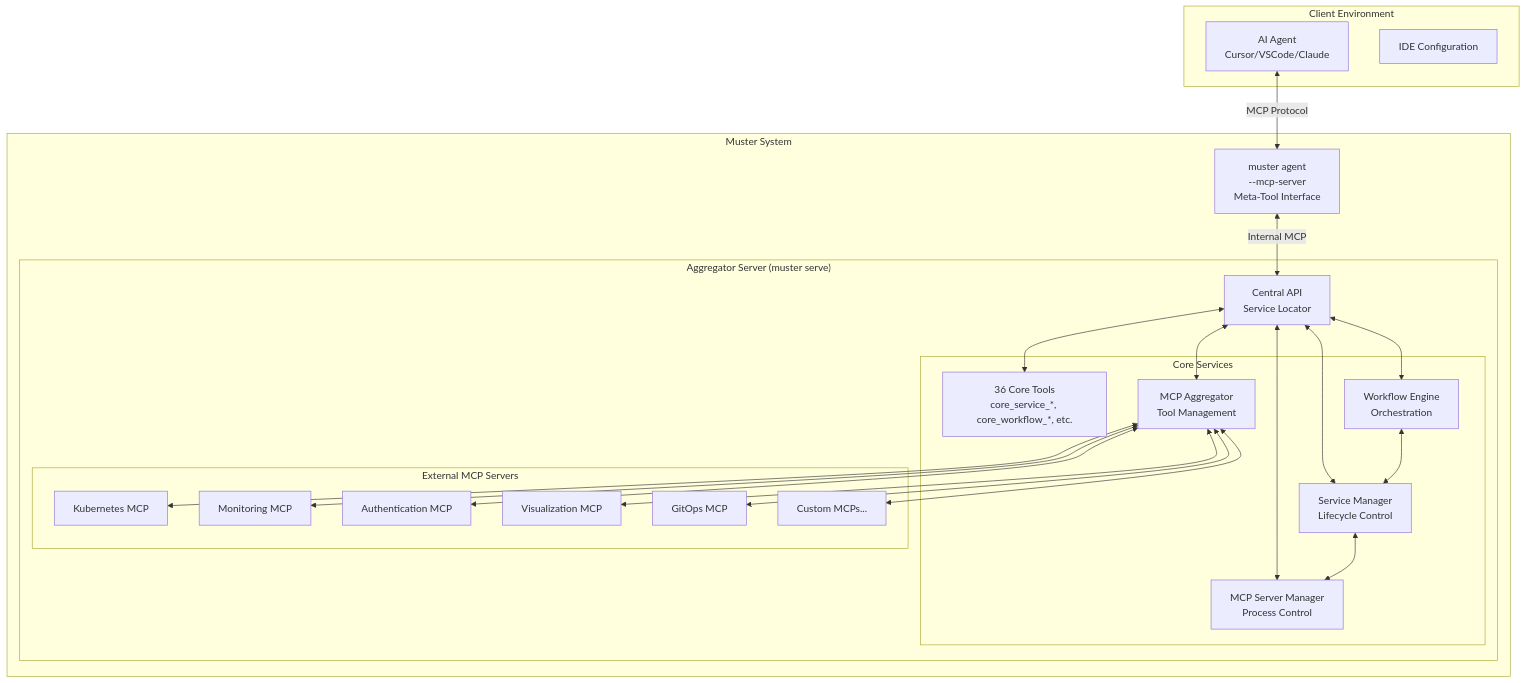
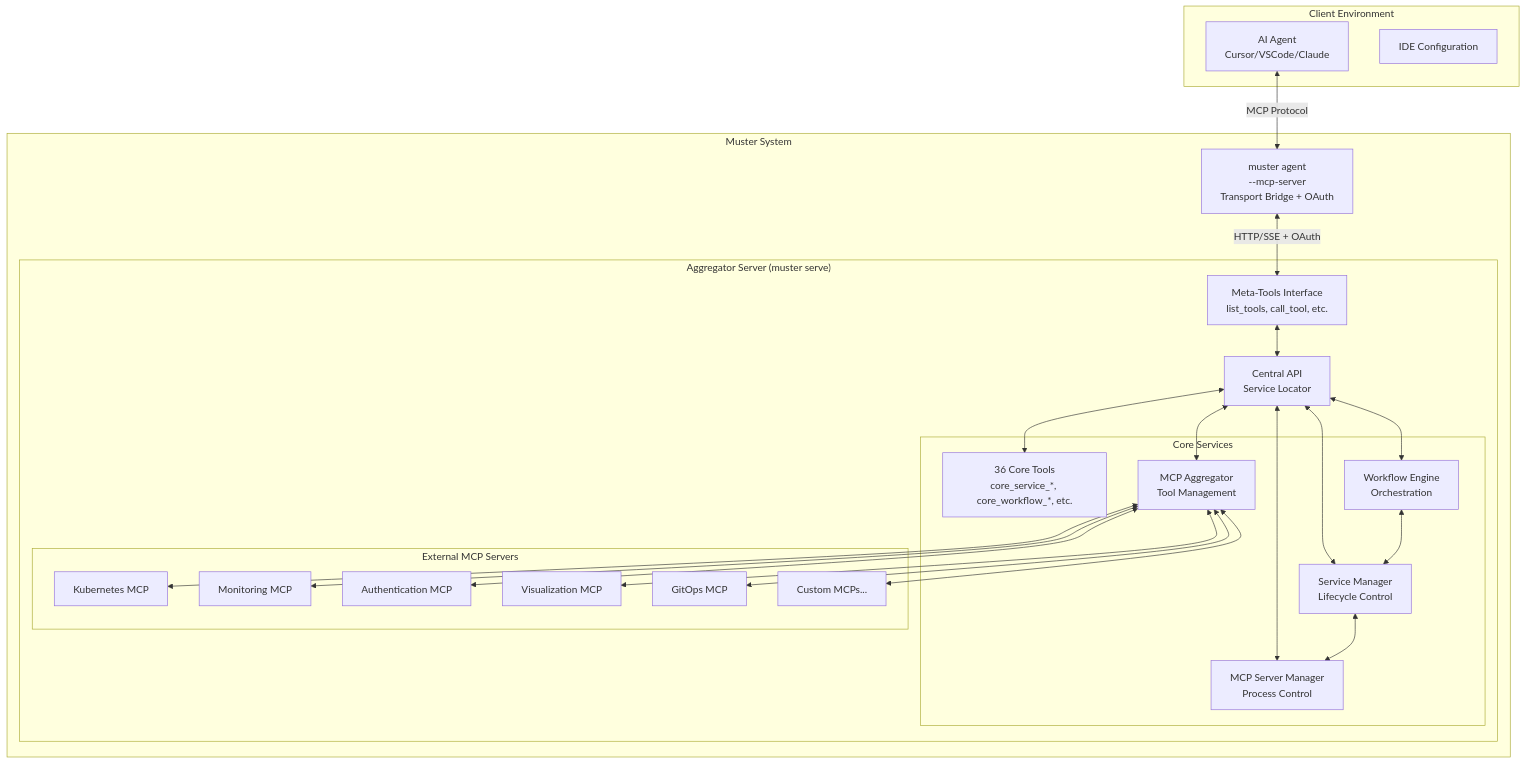
The first of 5 diagrams in docs/explanation/architecture.md (giantswarm/muster), drawn with Mermaid before and after one commit. The commit also changed other lines of this file and 18 other files, not shown here.

First line of the commit message:
Docs: Server-Side Meta-Tools Documentation (#352)

````diff
--- a/docs/explanation/architecture.md
+++ b/docs/explanation/architecture.md
@@ -9,50 +9,52 @@
 ```mermaid
 graph TB
     subgraph "Client Environment"
         Agent[AI Agent<br/>Cursor/VSCode/Claude]
         IDE[IDE Configuration]
     end
     
     subgraph "Muster System"
-        MusterAgent[muster agent<br/>--mcp-server<br/>Meta-Tool Interface]
+        MusterAgent[muster agent<br/>--mcp-server<br/>Transport Bridge + OAuth]
         
         subgraph "Aggregator Server (muster serve)"
+            MetaTools[Meta-Tools Interface<br/>list_tools, call_tool, etc.]
             API[Central API<br/>Service Locator]
             
             subgraph "Core Services"
                 CoreTools[36 Core Tools<br/>core_service_*, core_workflow_*, etc.]
                 Aggregator[MCP Aggregator<br/>Tool Management]
                 ServiceMgr[Service Manager<br/>Lifecycle Control]
                 Workflow[Workflow Engine<br/>Orchestration]
                 MCPServer[MCP Server Manager<br/>Process Control]
             end
             
             subgraph "External MCP Servers"
                 K8s[Kubernetes MCP]
                 Prometheus[Monitoring MCP]
                 Teleport[Authentication MCP]
                 Grafana[Visualization MCP]
                 Flux[GitOps MCP]
                 Custom[Custom MCPs...]
             end
         end
     end
     
     Agent <-->|MCP Protocol| MusterAgent
-    MusterAgent <-->|Internal MCP| API
+    MusterAgent <-->|HTTP/SSE + OAuth| MetaTools
+    MetaTools <--> API
     API <--> CoreTools
     API <--> Aggregator
     API <--> ServiceMgr
     API <--> Workflow
     API <--> MCPServer
     
     Aggregator <--> K8s
     Aggregator <--> Prometheus
     Aggregator <--> Teleport
     Aggregator <--> Grafana
     Aggregator <--> Flux
     Aggregator <--> Custom
     
     ServiceMgr <--> MCPServer
     Workflow <--> ServiceMgr
 ```
````
